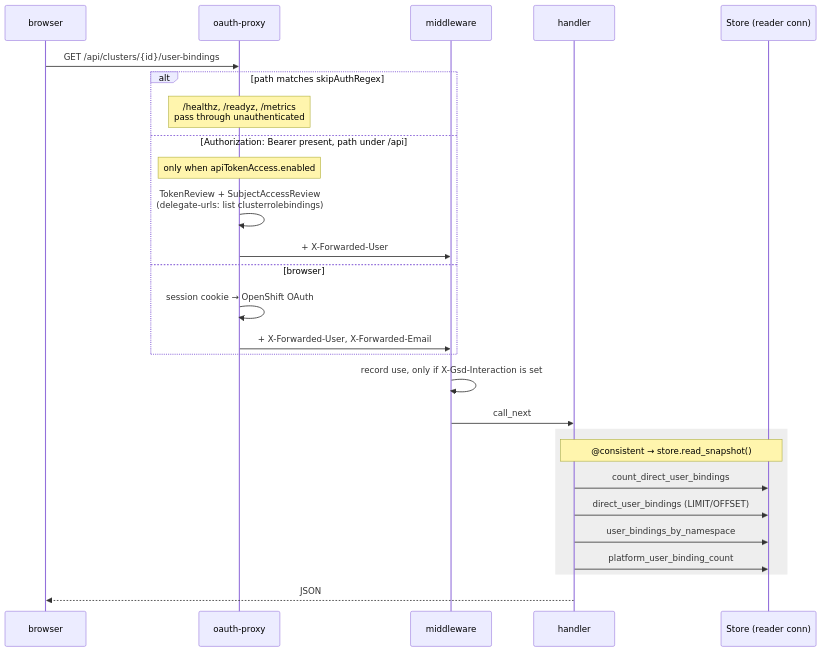
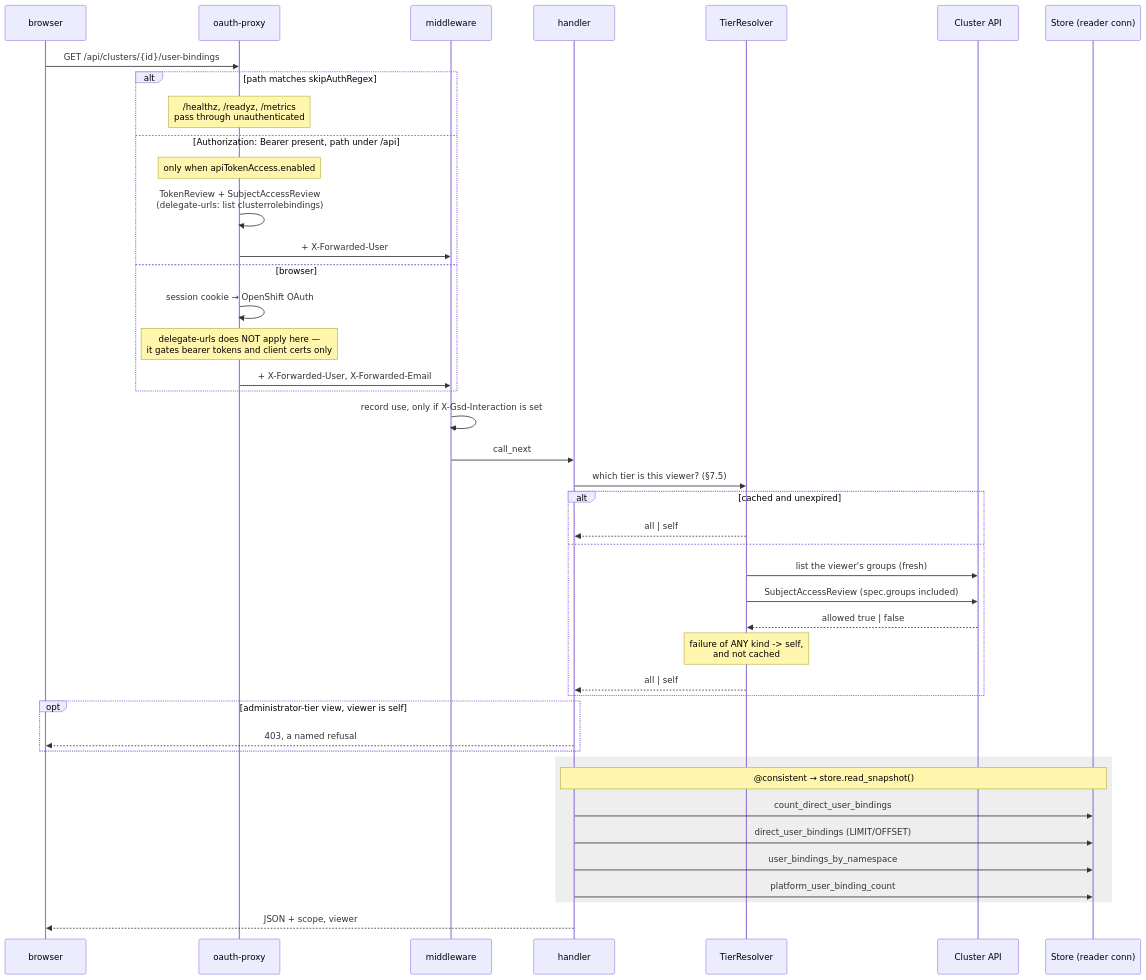
Before and after one commit to ephico2real2/group-sync-dashboard: the fourth of 10 diagrams in docs/reference-architecture.md, drawn with Mermaid. The commit also changed other lines of this file, not shown here.

````diff
--- a/docs/reference-architecture.md
+++ b/docs/reference-architecture.md
@@ -317,30 +317,46 @@
 ```mermaid
 sequenceDiagram
   participant B as browser
   participant P as oauth-proxy
   participant M as middleware
   participant H as handler
+  participant T as TierResolver
+  participant K as Cluster API
   participant S as Store (reader conn)
 
   B->>P: GET /api/clusters/{id}/user-bindings
   alt path matches skipAuthRegex
     Note over P: /healthz, /readyz, /metrics<br/>pass through unauthenticated
   else Authorization: Bearer present, path under /api
     Note over P: only when apiTokenAccess.enabled
     P->>P: TokenReview + SubjectAccessReview<br/>(delegate-urls: list clusterrolebindings)
     P->>M: + X-Forwarded-User
   else browser
     P->>P: session cookie → OpenShift OAuth
+    Note over P: delegate-urls does NOT apply here —<br/>it gates bearer tokens and client certs only
     P->>M: + X-Forwarded-User, X-Forwarded-Email
   end
   M->>M: record use, only if X-Gsd-Interaction is set
   M->>H: call_next
+  H->>T: which tier is this viewer? (§7.5)
+  alt cached and unexpired
+    T-->>H: all | self
+  else
+    T->>K: list the viewer's groups (fresh)
+    T->>K: SubjectAccessReview (spec.groups included)
+    K-->>T: allowed true | false
+    Note over T: failure of ANY kind -> self,<br/>and not cached
+    T-->>H: all | self
+  end
+  opt administrator-tier view, viewer is self
+    H-->>B: 403, a named refusal
+  end
   rect rgb(238, 238, 238)
     Note over H,S: @consistent → store.read_snapshot()
     H->>S: count_direct_user_bindings
     H->>S: direct_user_bindings (LIMIT/OFFSET)
     H->>S: user_bindings_by_namespace
     H->>S: platform_user_binding_count
   end
-  H-->>B: JSON
+  H-->>B: JSON + scope, viewer
 ```
````
